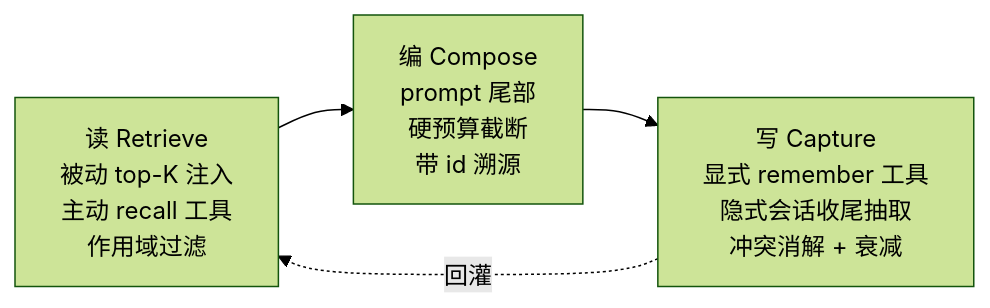
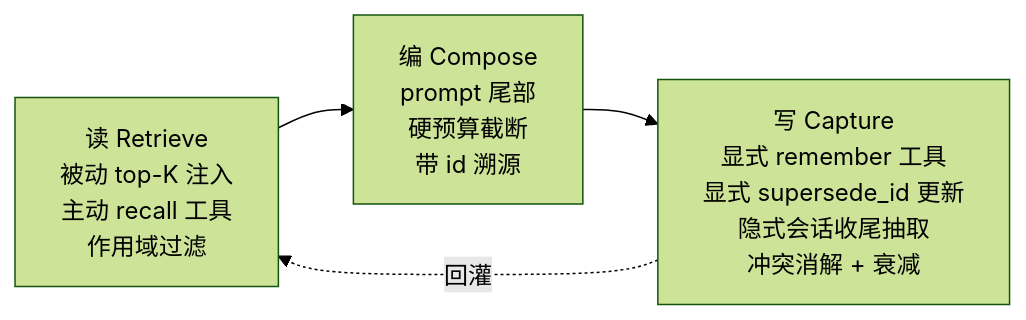
Before and after one commit to mrtanweijie/ai-divine-desktop: the second of 2 diagrams in docs/design/022-agent-memory-architecture-20260911.md, drawn with Mermaid (forest theme). The commit also changed other lines of this file, not shown here.

Commit message:
docs: 记忆架构方案修订 v2——极性闸门/pending 闭环/supersede_id 三件套与打分归一化

````diff
--- a/docs/design/022-agent-memory-architecture-20260911.md
+++ b/docs/design/022-agent-memory-architecture-20260911.md
@@ -47,6 +50,6 @@
 ```mermaid
 graph LR
     R["读 Retrieve<br/>被动 top-K 注入<br/>主动 recall 工具<br/>作用域过滤"] --> C["编 Compose<br/>prompt 尾部<br/>硬预算截断<br/>带 id 溯源"]
-    C --> W["写 Capture<br/>显式 remember 工具<br/>隐式会话收尾抽取<br/>冲突消解 + 衰减"]
+    C --> W["写 Capture<br/>显式 remember 工具<br/>显式 supersede_id 更新<br/>隐式会话收尾抽取<br/>冲突消解 + 衰减"]
     W -.->|回灌| R
 ```
````
